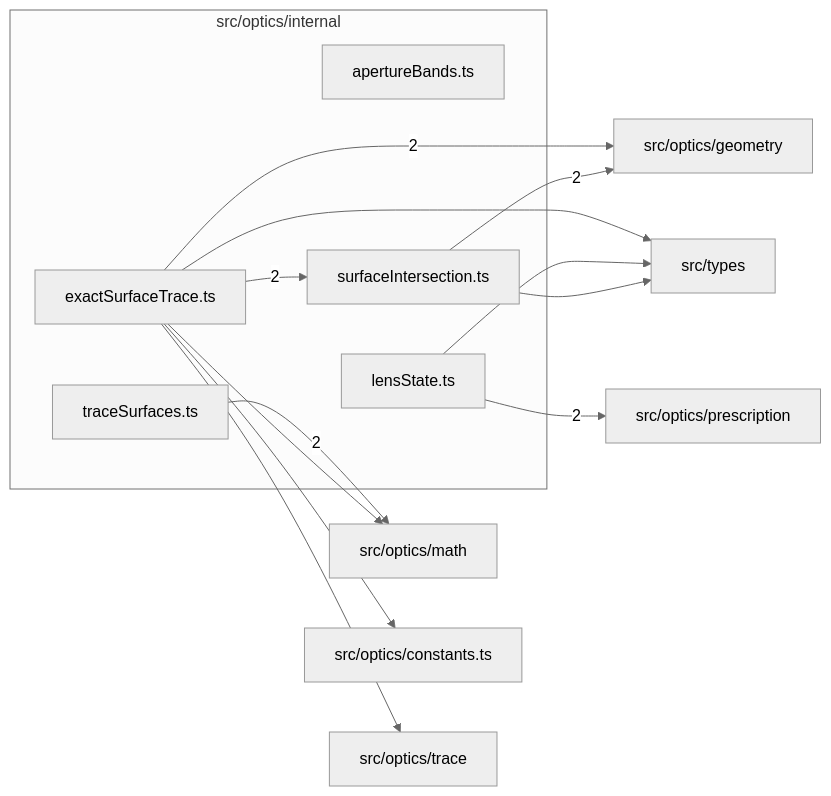
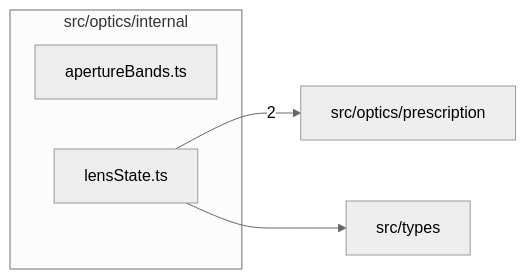
The diagram in src/optics/internal/readme.md (ronbuening/LensVisualizer), drawn with Mermaid (neutral theme) before and after one commit. The commit also changed other lines of this file and 47 other files, not shown here.

````diff
--- a/src/optics/internal/readme.md
+++ b/src/optics/internal/readme.md
@@ -9,27 +9,11 @@
 ```mermaid
 flowchart LR
   subgraph n_src_optics_internal["src/optics/internal"]
     n_src_optics_internal_src_optics_internal_apertureBands_ts["apertureBands.ts"]
-    n_src_optics_internal_src_optics_internal_exactSurfaceTrace_ts["exactSurfaceTrace.ts"]
     n_src_optics_internal_src_optics_internal_lensState_ts["lensState.ts"]
-    n_src_optics_internal_src_optics_internal_surfaceIntersection_ts["surfaceIntersection.ts"]
-    n_src_optics_internal_src_optics_internal_traceSurfaces_ts["traceSurfaces.ts"]
   end
-  n_external_src_optics_geometry["src/optics/geometry"]
-  n_external_src_optics_math["src/optics/math"]
   n_external_src_optics_prescription["src/optics/prescription"]
-  n_external_src_optics_constants_ts["src/optics/constants.ts"]
-  n_external_src_optics_trace["src/optics/trace"]
   n_external_src_types["src/types"]
-  n_src_optics_internal_src_optics_internal_exactSurfaceTrace_ts --> |2| n_external_src_optics_geometry
-  n_src_optics_internal_src_optics_internal_surfaceIntersection_ts --> |2| n_external_src_optics_geometry
-  n_src_optics_internal_src_optics_internal_traceSurfaces_ts --> |2| n_external_src_optics_math
   n_src_optics_internal_src_optics_internal_lensState_ts --> |2| n_external_src_optics_prescription
-  n_src_optics_internal_src_optics_internal_exactSurfaceTrace_ts --> |2| n_src_optics_internal_src_optics_internal_surfaceIntersection_ts
-  n_src_optics_internal_src_optics_internal_exactSurfaceTrace_ts --> n_external_src_optics_constants_ts
-  n_src_optics_internal_src_optics_internal_exactSurfaceTrace_ts --> n_external_src_optics_math
-  n_src_optics_internal_src_optics_internal_exactSurfaceTrace_ts --> n_external_src_optics_trace
-  n_src_optics_internal_src_optics_internal_exactSurfaceTrace_ts --> n_external_src_types
   n_src_optics_internal_src_optics_internal_lensState_ts --> n_external_src_types
-  n_src_optics_internal_src_optics_internal_surfaceIntersection_ts --> n_external_src_types
 ```
````
